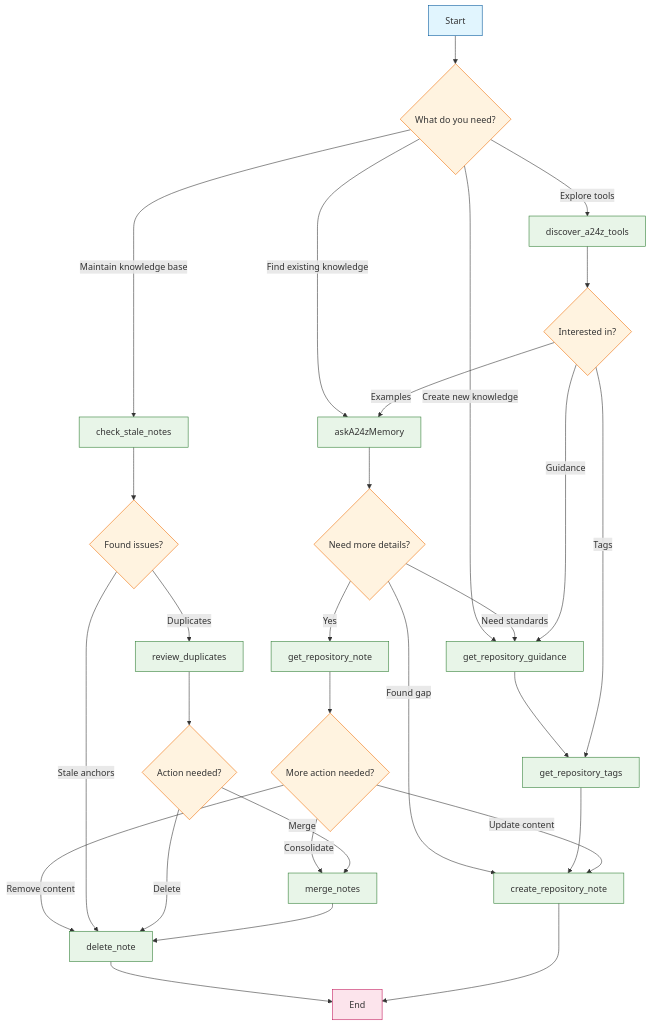
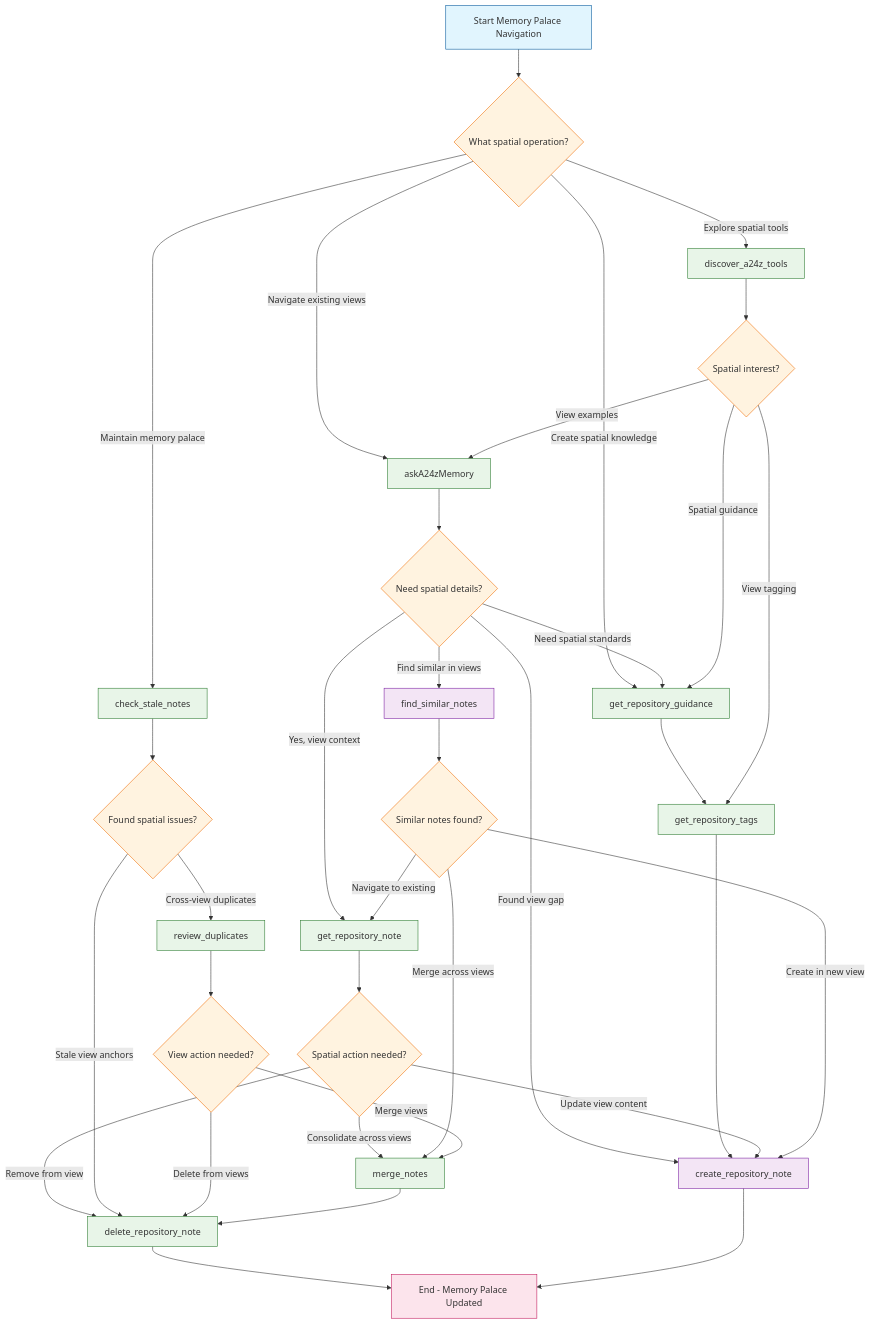
Before and after one commit to a24z-ai/a24z-memory: the fifth of 6 diagrams in docs/tool-workflows/user-journeys.md, drawn with Mermaid. The commit also changed other lines of this file and 71 other files, not shown here.

First line of the commit message:
feat: replace AskA24zMemoryTool with ListCodebaseViewsTool

````diff
--- a/docs/tool-workflows/user-journeys.md
+++ b/docs/tool-workflows/user-journeys.md
@@ -81,48 +81,56 @@
 ```mermaid
 flowchart TD
-    A[Start] --> B{What do you need?}
-    B -->|Find existing knowledge| C[askA24zMemory]
-    B -->|Create new knowledge| D[get_repository_guidance]
-    B -->|Maintain knowledge base| E[check_stale_notes]
-    B -->|Explore tools| F[discover_a24z_tools]
+    A[Start Memory Palace Navigation] --> B{What spatial operation?}
+    B -->|Navigate existing views| C[askA24zMemory]
+    B -->|Create spatial knowledge| D[get_repository_guidance]
+    B -->|Maintain memory palace| E[check_stale_notes]
+    B -->|Explore spatial tools| F[discover_a24z_tools]
 
-    C --> G{Need more details?}
-    G -->|Yes| H[get_repository_note]
-    G -->|Found gap| I[create_repository_note]
-    G -->|Need standards| D
+    C --> G{Need spatial details?}
+    G -->|Yes, view context| H[get_repository_note]
+    G -->|Found view gap| I[create_repository_note]
+    G -->|Need spatial standards| D
+    G -->|Find similar in views| S[find_similar_notes]
 
     D --> J[get_repository_tags]
     J --> I
 
-    H --> K{More action needed?}
-    K -->|Update content| I
-    K -->|Remove content| L[delete_note]
-    K -->|Consolidate| M[merge_notes]
+    H --> K{Spatial action needed?}
+    K -->|Update view content| I
+    K -->|Remove from view| L[delete_repository_note]
+    K -->|Consolidate across views| M[merge_notes]
 
-    E --> N{Found issues?}
-    N -->|Stale anchors| L
-    N -->|Duplicates| O[review_duplicates]
+    S --> T{Similar notes found?}
+    T -->|Merge across views| M
+    T -->|Create in new view| I
+    T -->|Navigate to existing| H
 
-    O --> P{Action needed?}
-    P -->|Merge| M
-    P -->|Delete| L
+    E --> N{Found spatial issues?}
+    N -->|Stale view anchors| L
+    N -->|Cross-view duplicates| O[review_duplicates]
+
+    O --> P{View action needed?}
+    P -->|Merge views| M
+    P -->|Delete from views| L
 
     M --> L
-    L --> Q[End]
+    L --> Q[End - Memory Palace Updated]
     I --> Q
 
-    F --> R{Interested in?}
-    R -->|Tags| J
-    R -->|Guidance| D
-    R -->|Examples| C
+    F --> R{Spatial interest?}
+    R -->|View tagging| J
+    R -->|Spatial guidance| D
+    R -->|View examples| C
 
     classDef startEnd fill:#e1f5fe,stroke:#01579b
     classDef decision fill:#fff3e0,stroke:#ef6c00
     classDef action fill:#e8f5e8,stroke:#2e7d32
     classDef terminal fill:#fce4ec,stroke:#c2185b
+    classDef spatial fill:#f3e5f5,stroke:#7b1fa2
 
     class A,Q startEnd
-    class B,G,K,N,P,R decision
-    class C,D,E,F,H,I,J,L,M,O action
+    class B,G,K,N,P,R,T decision
+    class C,D,E,F,H,I,J,L,M,O,S action
     class Q terminal
+    class I,S spatial
 ```
````
